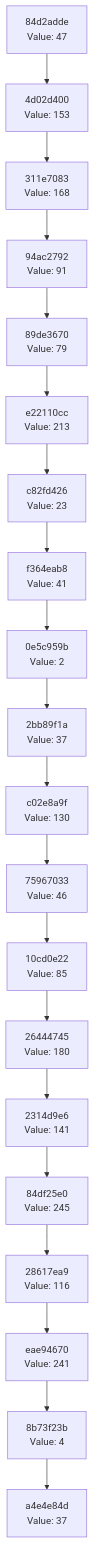
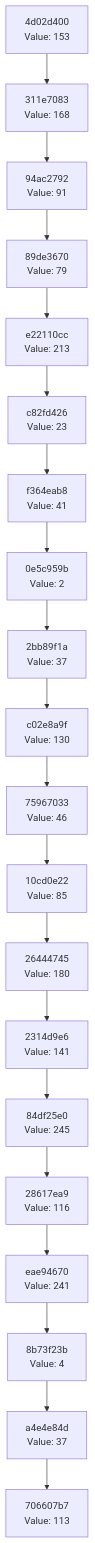
One commit to Abhisheksinha1506/hash-chain-evolver changed the diagram in docs/CHAIN_VISUALIZATION.md. Above: the diagram before and after it, drawn with Mermaid. The commit also changed 1 other file, not shown here.

Commit message:
Evolution Step

````diff
--- a/docs/CHAIN_VISUALIZATION.md
+++ b/docs/CHAIN_VISUALIZATION.md
@@ -3,42 +3,42 @@
 ```mermaid
 graph TD
-    C0["a4e4e84d<br/>Value: 37"]
-    C1["8b73f23b<br/>Value: 4"]
+    C0["706607b7<br/>Value: 113"]
+    C1["a4e4e84d<br/>Value: 37"]
     C1 --> C0
-    C2["eae94670<br/>Value: 241"]
+    C2["8b73f23b<br/>Value: 4"]
     C2 --> C1
-    C3["28617ea9<br/>Value: 116"]
+    C3["eae94670<br/>Value: 241"]
     C3 --> C2
-    C4["84df25e0<br/>Value: 245"]
+    C4["28617ea9<br/>Value: 116"]
     C4 --> C3
-    C5["2314d9e6<br/>Value: 141"]
+    C5["84df25e0<br/>Value: 245"]
     C5 --> C4
-    C6["26444745<br/>Value: 180"]
+    C6["2314d9e6<br/>Value: 141"]
     C6 --> C5
-    C7["10cd0e22<br/>Value: 85"]
+    C7["26444745<br/>Value: 180"]
     C7 --> C6
-    C8["75967033<br/>Value: 46"]
+    C8["10cd0e22<br/>Value: 85"]
     C8 --> C7
-    C9["c02e8a9f<br/>Value: 130"]
+    C9["75967033<br/>Value: 46"]
     C9 --> C8
-    C10["2bb89f1a<br/>Value: 37"]
+    C10["c02e8a9f<br/>Value: 130"]
     C10 --> C9
-    C11["0e5c959b<br/>Value: 2"]
+    C11["2bb89f1a<br/>Value: 37"]
     C11 --> C10
-    C12["f364eab8<br/>Value: 41"]
+    C12["0e5c959b<br/>Value: 2"]
     C12 --> C11
-    C13["c82fd426<br/>Value: 23"]
+    C13["f364eab8<br/>Value: 41"]
     C13 --> C12
-    C14["e22110cc<br/>Value: 213"]
+    C14["c82fd426<br/>Value: 23"]
     C14 --> C13
-    C15["89de3670<br/>Value: 79"]
+    C15["e22110cc<br/>Value: 213"]
     C15 --> C14
-    C16["94ac2792<br/>Value: 91"]
+    C16["89de3670<br/>Value: 79"]
     C16 --> C15
-    C17["311e7083<br/>Value: 168"]
+    C17["94ac2792<br/>Value: 91"]
     C17 --> C16
-    C18["4d02d400<br/>Value: 153"]
+    C18["311e7083<br/>Value: 168"]
     C18 --> C17
-    C19["84d2adde<br/>Value: 47"]
+    C19["4d02d400<br/>Value: 153"]
     C19 --> C18
 ```
````
